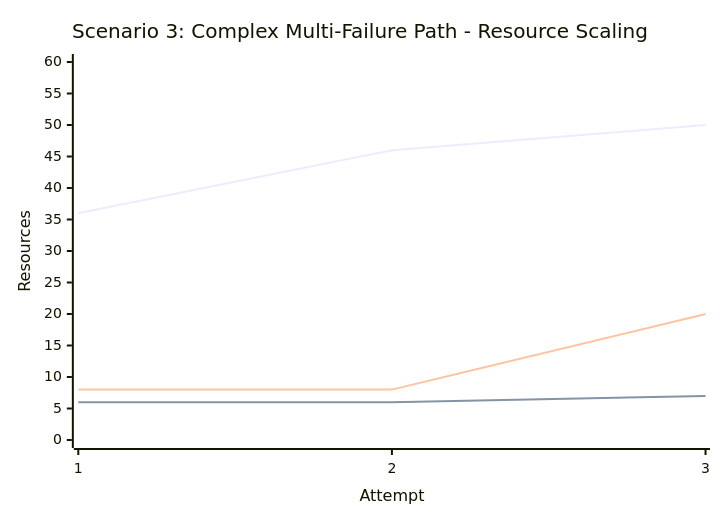
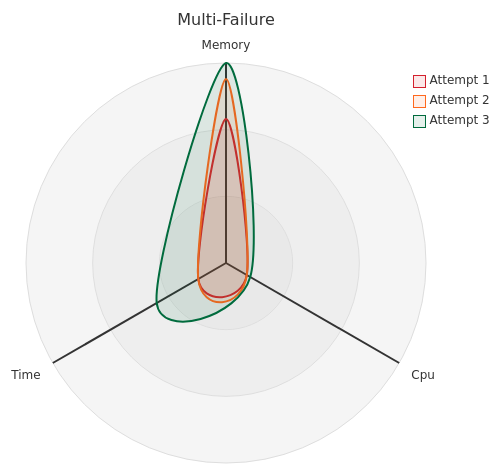
Before and after one commit to nf-core/configs: the third of 3 diagrams in docs/iris.md, drawn with Mermaid. The commit also changed other lines of this file, not shown here.

````diff
--- a/docs/iris.md
+++ b/docs/iris.md
@@ -211,9 +239,23 @@
 ```mermaid
-xychart-beta
-    title "Scenario 3: Complex Multi-Failure Path - Resource Scaling"
-    x-axis "Attempt" [1, 2, 3]
-    y-axis "Resources" 0 --> 60
-    line "Memory (GB)" [36, 46, 50]
-    line "CPUs" [6, 6, 7]
-    line "Time (hours)" [8, 8, 20]
+---
+config:
+    radar:
+        width: 400
+        height: 400
+    themeVariables:
+        cScale0: "#D3212C"
+        cScale1: "#FF681E"
+        cScale2: "#006B3D"
+        radar:
+            curveOpacity: .10
+            curveStrokeWidth: 2
+---
+radar-beta
+  title Multi-Failure
+  axis m["Memory"], s["Cpu"], e["Time"]
+  curve a["Attempt 1"]{36,6, 8}
+  curve b["Attempt 2"]{46,6, 8}
+  curve c["Attempt 3"]{50,7, 20}
+
+  ticks 3
 ```
````
